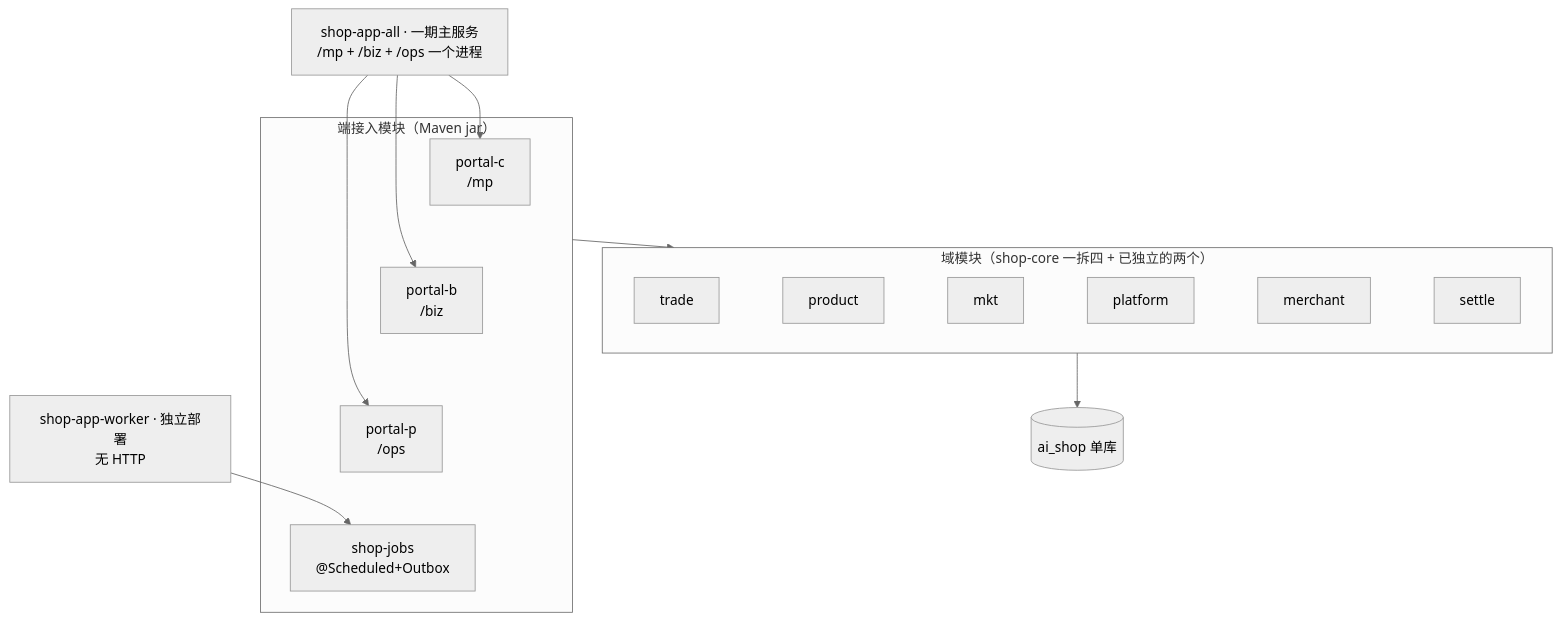
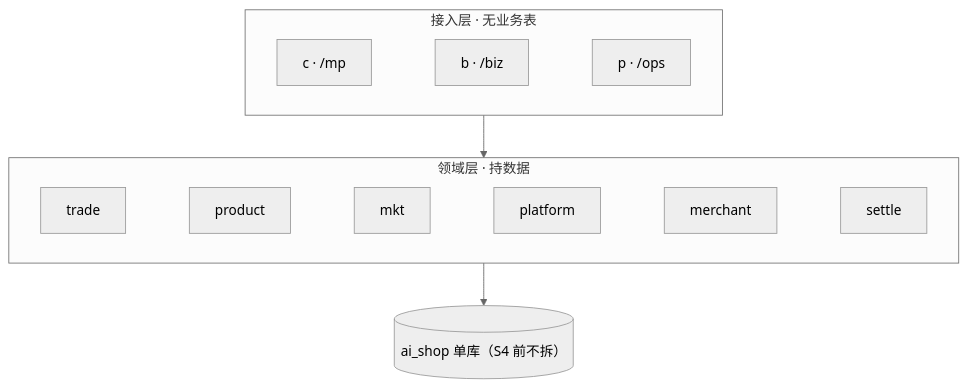
Before and after one commit to robinwu2021-code/ai-shop: the diagram in docs/technical/design/TDD-三端服务拆分-架构与依赖规划.md, drawn with Mermaid (neutral theme). The commit also changed other lines of this file and 1 other file, not shown here.

````diff
--- a/docs/technical/design/TDD-三端服务拆分-架构与依赖规划.md
+++ b/docs/technical/design/TDD-三端服务拆分-架构与依赖规划.md
@@ -160,16 +89,12 @@
 ```mermaid
 flowchart TB
-  ALL["shop-app-all · 一期主服务<br/>/mp + /biz + /ops 一个进程"]
-  WK["shop-app-worker · 独立部署<br/>无 HTTP"]
-  subgraph 接入模块["端接入模块（Maven jar）"]
-    PC["portal-c<br/>/mp"] ~~~ PB["portal-b<br/>/biz"] ~~~ PP["portal-p<br/>/ops"] ~~~ JB["shop-jobs<br/>@Scheduled+Outbox"]
+  subgraph 接入["接入层 · 无业务表"]
+    CS["c · /mp"] ~~~ BS["b · /biz"] ~~~ PS["p · /ops"]
   end
-  subgraph 域模块["域模块（shop-core 一拆四 + 已独立的两个）"]
+  subgraph 域["领域层 · 持数据"]
     direction LR
-    M1["trade"] ~~~ M2["product"] ~~~ M3["mkt"] ~~~ M4["platform"] ~~~ M5["merchant"] ~~~ M6["settle"]
+    T["trade"] ~~~ P["product"] ~~~ M["mkt"] ~~~ PL["platform"] ~~~ MC["merchant"] ~~~ ST["settle"]
   end
-  DB[("ai_shop 单库")]
-  ALL --> PC & PB & PP
-  WK --> JB
-  接入模块 --> 域模块 --> DB
+  DB[("ai_shop 单库（S4 前不拆）")]
+  接入 --> 域 --> DB
 ```
````
